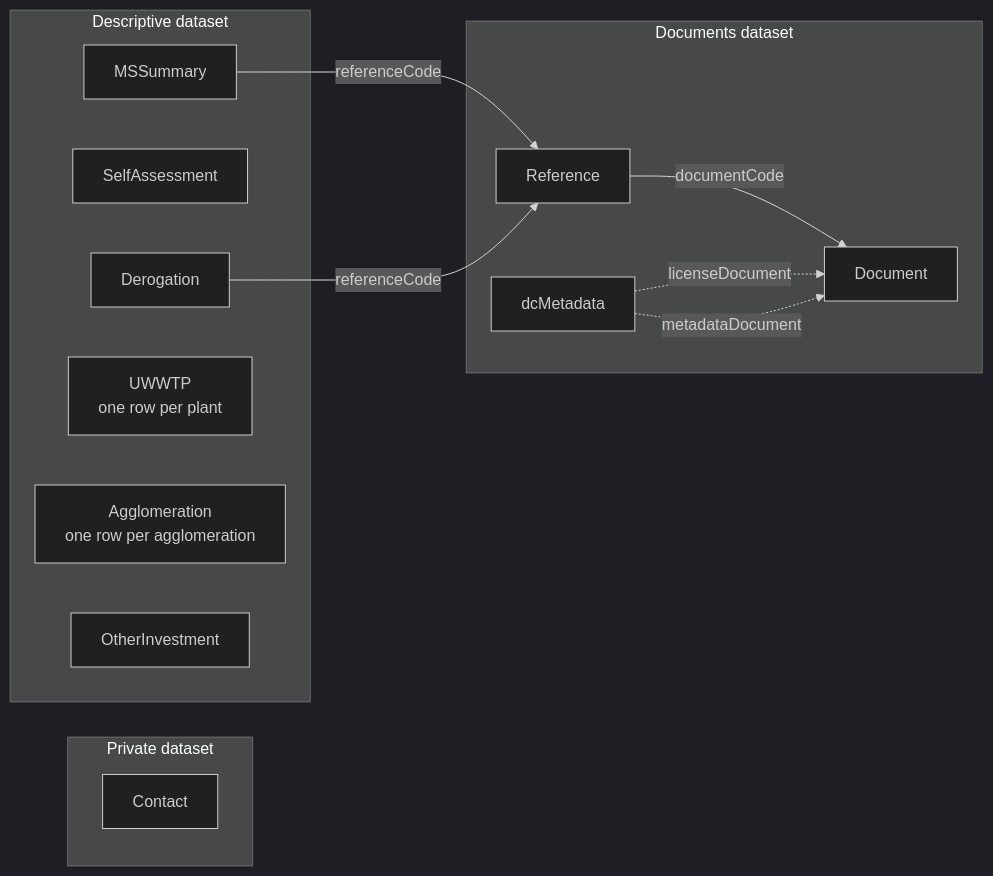
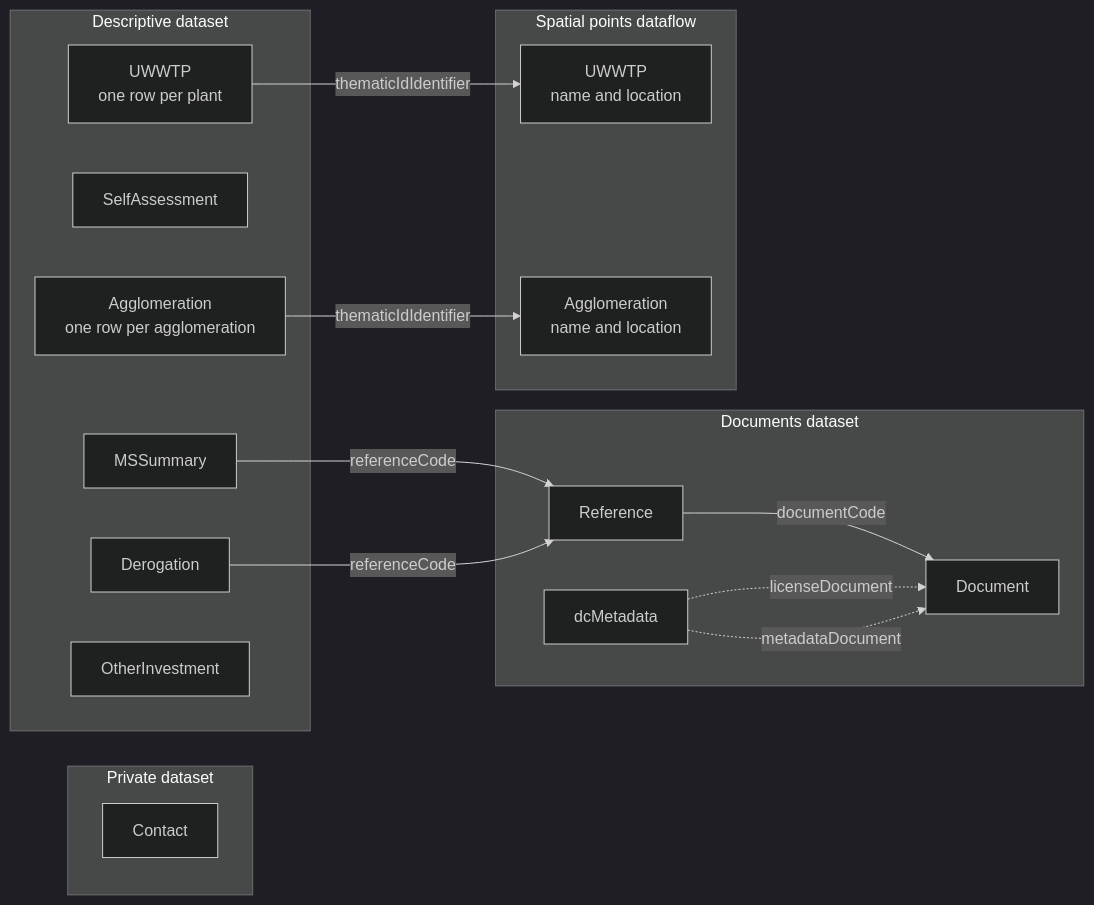
The diagram in docs/rUWWTD2024/Article23/DataModel.md (eeadata/WISE.UWWTD.Documentation), drawn with Mermaid (dark theme) before and after one commit. The commit also changed other lines of this file and 20 other files, not shown here.

First line of the commit message:
Add spatial points dataflow and link Article 23 to it

````diff
--- a/docs/rUWWTD2024/Article23/DataModel.md
+++ b/docs/rUWWTD2024/Article23/DataModel.md
@@ -13,24 +13,30 @@
 ```{mermaid}
 flowchart LR
   subgraph private["Private dataset"]
     Contact
   end
   subgraph descriptive["Descriptive dataset"]
     MSSummary
     SelfAssessment
     Derogation
     UWWTP["UWWTP<br/>one row per plant"]
     Agglomeration["Agglomeration<br/>one row per agglomeration"]
     OtherInvestment
   end
   subgraph documents["Documents dataset"]
     dcMetadata
     Reference
     Document
   end
   MSSummary -- "referenceCode" --> Reference
   Derogation -- "referenceCode" --> Reference
   Reference -- "documentCode" --> Document
   dcMetadata -. "licenseDocument" .-> Document
   dcMetadata -. "metadataDocument" .-> Document
+  subgraph spatial["Spatial points dataflow"]
+    SpUWWTP["UWWTP<br/>name and location"]
+    SpAgglomeration["Agglomeration<br/>name and location"]
+  end
+  UWWTP -- "thematicIdIdentifier" --> SpUWWTP
+  Agglomeration -- "thematicIdIdentifier" --> SpAgglomeration
 ```
````
